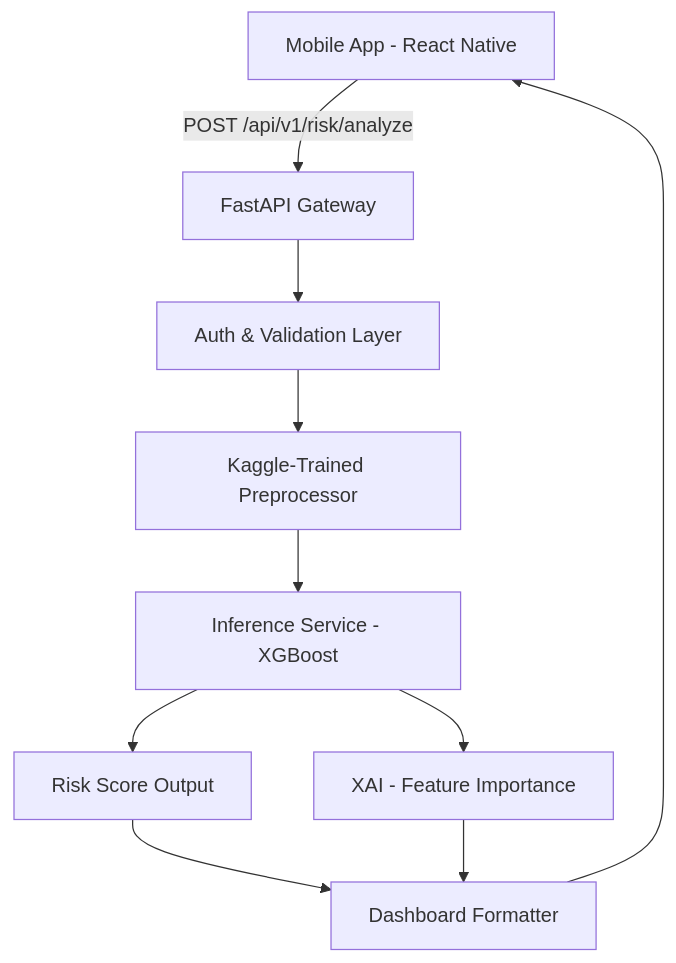
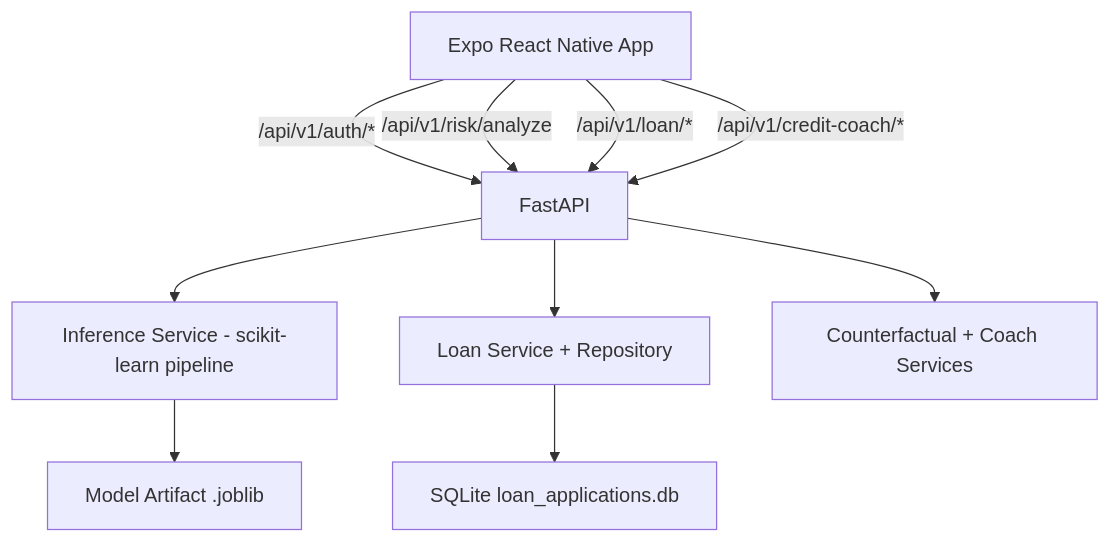
One commit to Mayank8159/credit_risk_app changed the diagram in README.md. Above: the diagram before and after it, drawn with Mermaid. The commit also changed other lines of this file, not shown here.

Commit message:
feat: Revamp README with updated project description, features, and architecture

````diff
--- a/README.md
+++ b/README.md
@@ -36,12 +24,12 @@
 ```mermaid
 graph TD
-    A[Mobile App - React Native] -->|POST /api/v1/risk/analyze| B[FastAPI Gateway]
-    B --> C[Auth & Validation Layer]
-    C --> D[Kaggle-Trained Preprocessor]
-    D --> E[Inference Service - XGBoost]
-    E --> F[Risk Score Output]
-    E --> G[XAI - Feature Importance]
-    F --> H[Dashboard Formatter]
-    G --> H
-    H --> A
+    A[Expo React Native App] -->|/api/v1/auth/*| B[FastAPI]
+    A -->|/api/v1/risk/analyze| B
+    A -->|/api/v1/loan/*| B
+    A -->|/api/v1/credit-coach/*| B
+    B --> C[Inference Service - scikit-learn pipeline]
+    B --> D[Loan Service + Repository]
+    D --> E[SQLite loan_applications.db]
+    C --> F[Model Artifact .joblib]
+    B --> G[Counterfactual + Coach Services]
 ```
````
